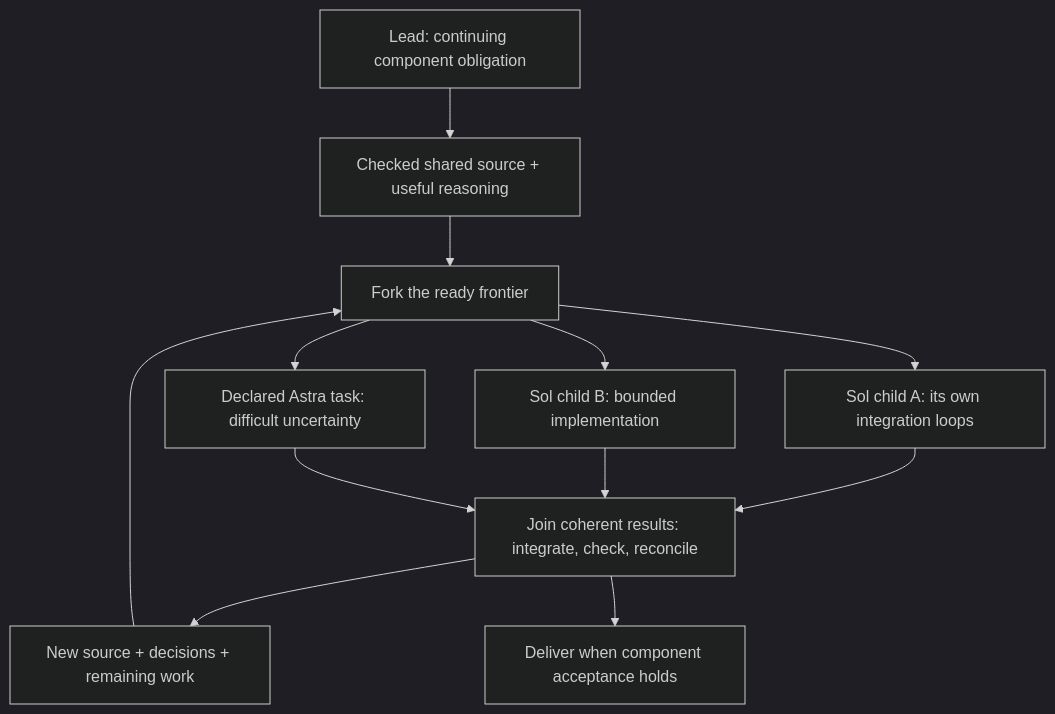
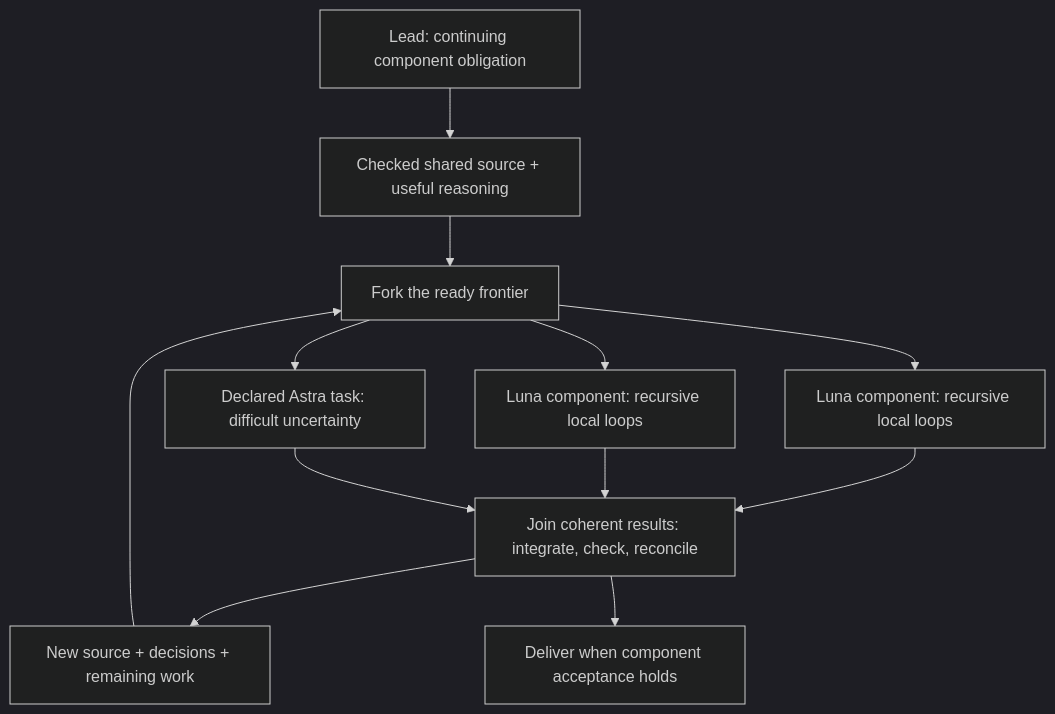
One commit to tidepool-heavy-industries/exomonad-default-workspace changed the diagram in plans/composition.md. Above: the diagram before and after it, drawn with Mermaid (dark theme). The commit also changed other lines of this file and 53 other files, not shown here.

First line of the commit message:
Make recursive local delegation the execution workflow

````diff
--- a/plans/composition.md
+++ b/plans/composition.md
@@ -114,14 +114,14 @@
 ```mermaid
 flowchart TD
     P["Lead: continuing component obligation"] --> B["Checked shared source + useful reasoning"]
     B --> U["Fork the ready frontier"]
-    U --> A["Sol child A: its own integration loops"]
-    U --> C["Sol child B: bounded implementation"]
+    U --> A["Luna component: recursive local loops"]
+    U --> C["Luna component: recursive local loops"]
     U --> D["Declared Astra task: difficult uncertainty"]
     A --> F["Join coherent results: integrate, check, reconcile"]
     C --> F
     D --> F
     F --> N["New source + decisions + remaining work"]
     N --> U
     F --> R["Deliver when component acceptance holds"]
 ```
````
